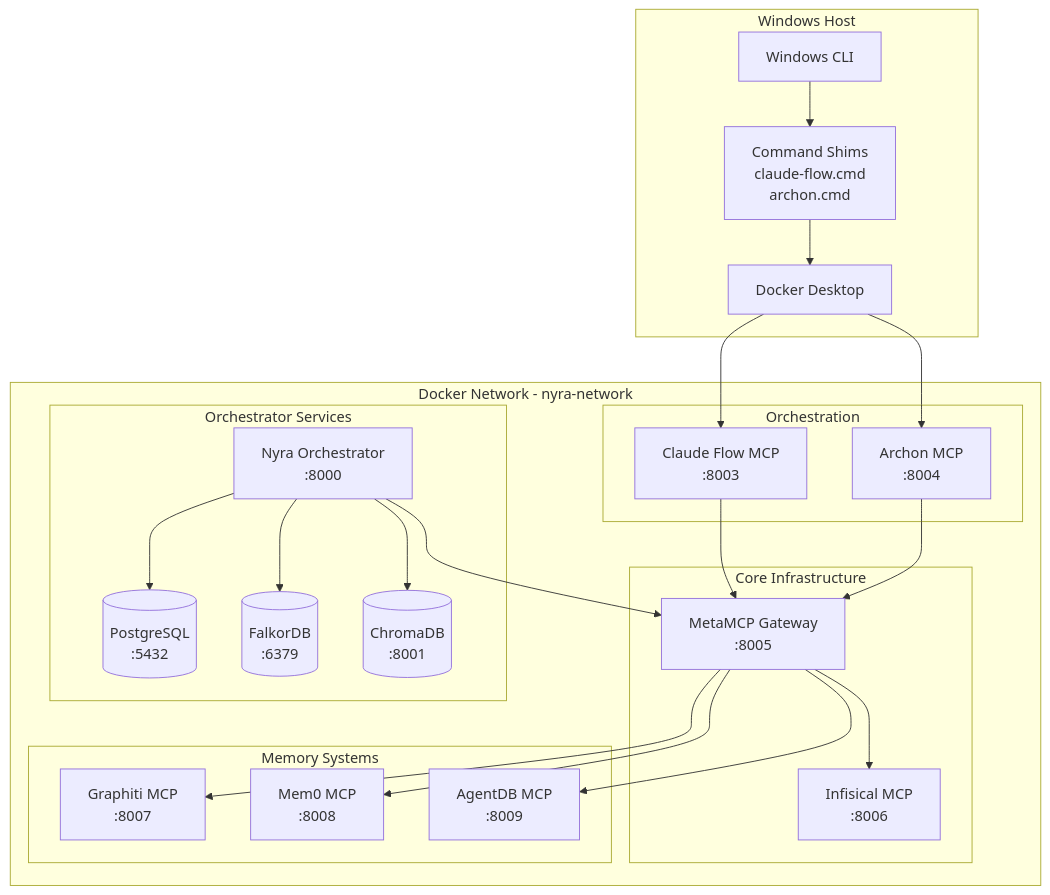
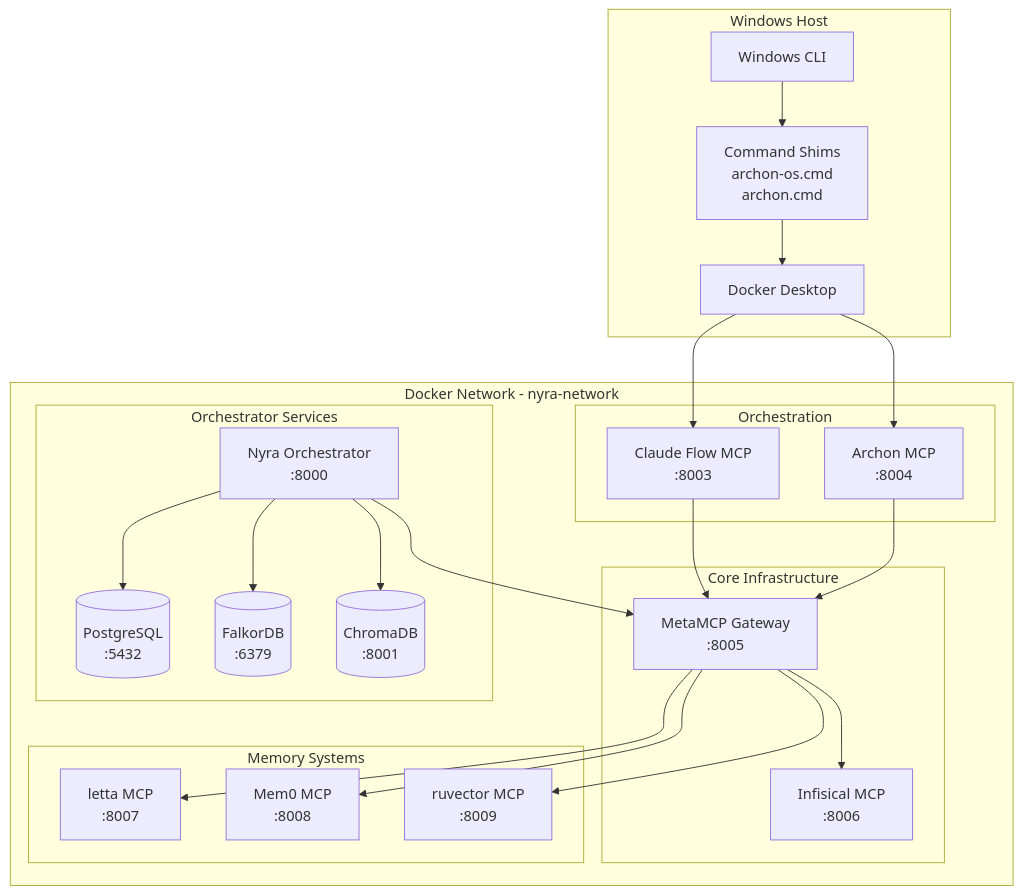
One commit to ellisapotheosis/Project-Nyra changed the second of 4 diagrams in docs/architecture/bootstrap-unified-architecture.md. Above: the diagram before and after it, drawn with Mermaid. The commit also changed other lines of this file and 992 other files, not shown here.

````diff
--- a/docs/architecture/bootstrap-unified-architecture.md
+++ b/docs/architecture/bootstrap-unified-architecture.md
@@ -1189,51 +1189,51 @@
 ```mermaid
 graph TB
     subgraph "Windows Host"
         CLI[Windows CLI]
-        Shims[Command Shims<br/>claude-flow.cmd<br/>archon.cmd]
+        Shims[Command Shims<br/>archon-os.cmd<br/>archon.cmd]
         Docker[Docker Desktop]
     end
 
     subgraph "Docker Network - nyra-network"
         subgraph "Core Infrastructure"
             Infisical[Infisical MCP<br/>:8006]
             MetaMCP[MetaMCP Gateway<br/>:8005]
         end
 
         subgraph "Orchestration"
             ClaudeFlow[Claude Flow MCP<br/>:8003]
             Archon[Archon MCP<br/>:8004]
         end
 
         subgraph "Memory Systems"
-            Graphiti[Graphiti MCP<br/>:8007]
+            letta[letta MCP<br/>:8007]
             Mem0[Mem0 MCP<br/>:8008]
-            AgentDB[AgentDB MCP<br/>:8009]
+            ruvector[ruvector MCP<br/>:8009]
         end
 
         subgraph "Orchestrator Services"
             Orchestrator[Nyra Orchestrator<br/>:8000]
             Postgres[(PostgreSQL<br/>:5432)]
             FalkorDB[(FalkorDB<br/>:6379)]
             ChromaDB[(ChromaDB<br/>:8001)]
         end
     end
 
     CLI --> Shims
     Shims --> Docker
     Docker --> ClaudeFlow
     Docker --> Archon
 
     ClaudeFlow --> MetaMCP
     Archon --> MetaMCP
     MetaMCP --> Infisical
 
-    MetaMCP --> Graphiti
+    MetaMCP --> letta
     MetaMCP --> Mem0
-    MetaMCP --> AgentDB
+    MetaMCP --> ruvector
 
     Orchestrator --> Postgres
     Orchestrator --> FalkorDB
     Orchestrator --> ChromaDB
     Orchestrator --> MetaMCP
 ```
````
